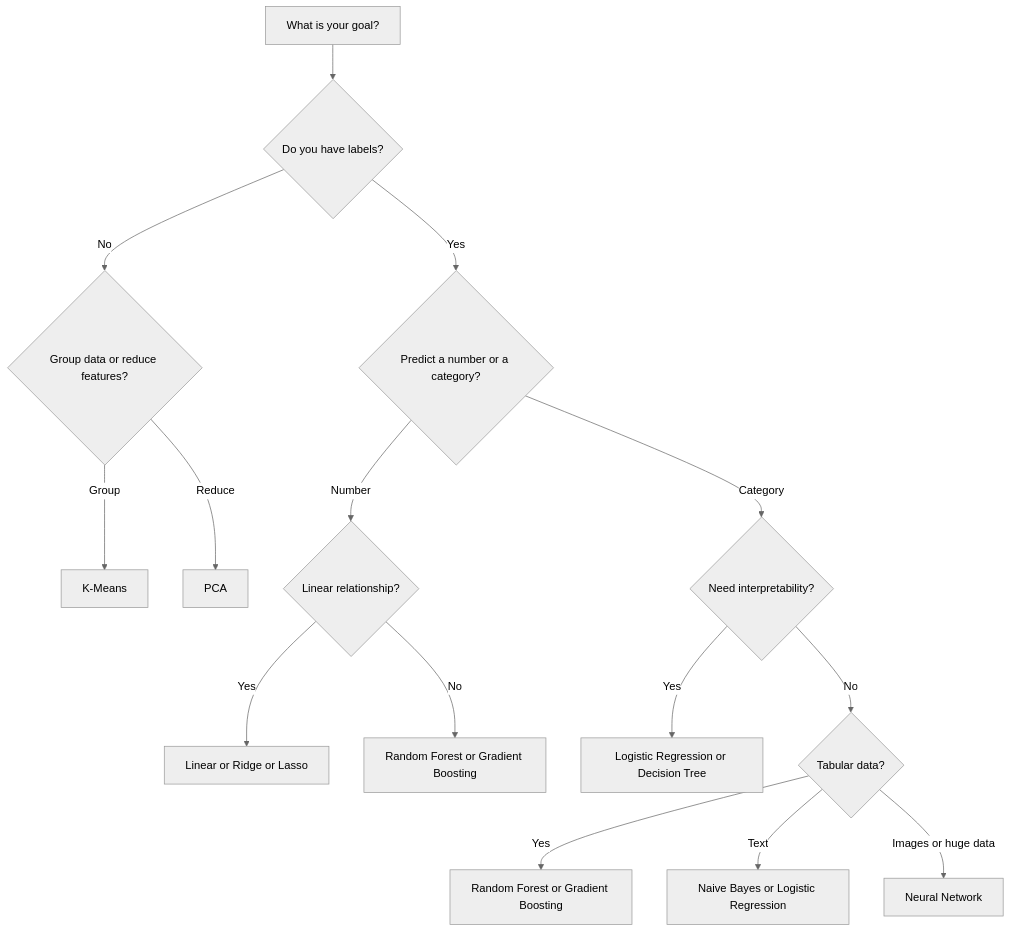
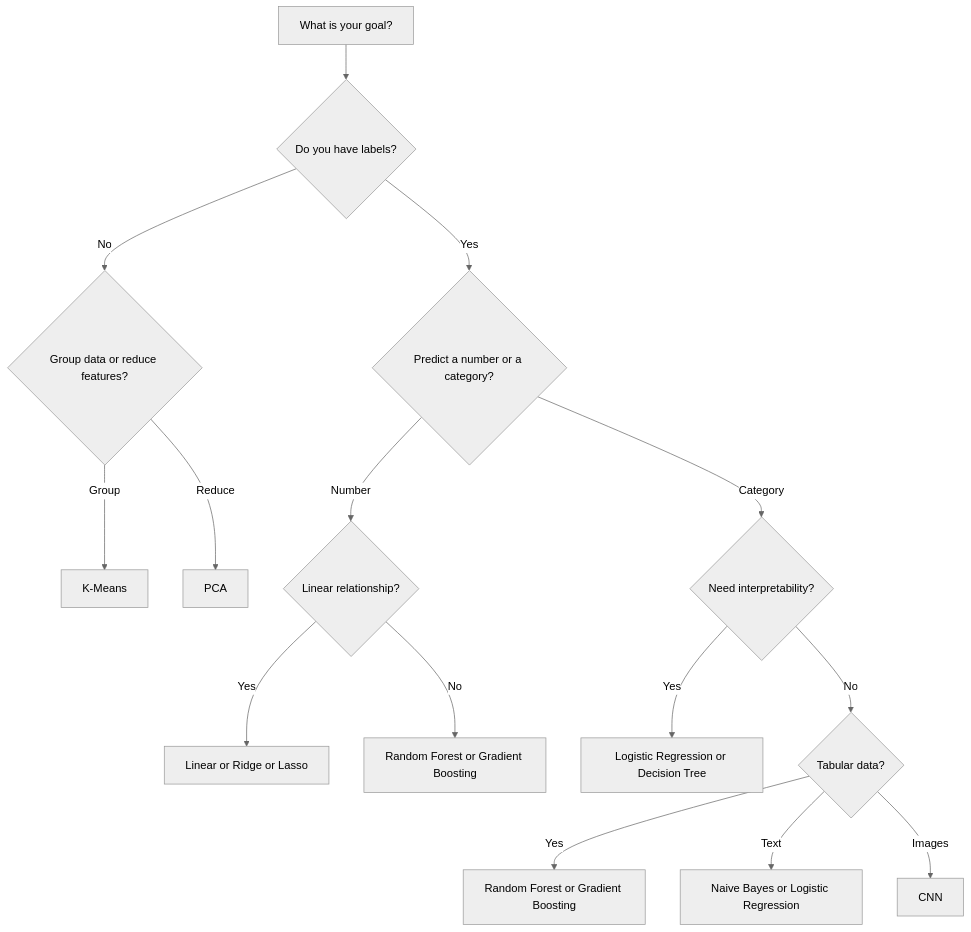
The sixth of 7 diagrams in README.md (Nihar16/MACHINE-LEARNING-MODELS), drawn with Mermaid (neutral theme) before and after one commit. The commit also changed other lines of this file and 15 other files, not shown here.

````diff
--- a/README.md
+++ b/README.md
@@ -341,17 +355,17 @@
 ```mermaid
 flowchart TD
     Start["What is your goal?"] --> Q1{"Do you have labels?"}
     Q1 -->|"No"| Q2{"Group data or reduce features?"}
     Q2 -->|"Group"| KM["K-Means"]
     Q2 -->|"Reduce"| PCA["PCA"]
     Q1 -->|"Yes"| Q3{"Predict a number or a category?"}
     Q3 -->|"Number"| R1{"Linear relationship?"}
     R1 -->|"Yes"| LR["Linear or Ridge or Lasso"]
     R1 -->|"No"| R2["Random Forest or Gradient Boosting"]
     Q3 -->|"Category"| C1{"Need interpretability?"}
     C1 -->|"Yes"| C2["Logistic Regression or Decision Tree"]
     C1 -->|"No"| C3{"Tabular data?"}
     C3 -->|"Yes"| C4["Random Forest or Gradient Boosting"]
     C3 -->|"Text"| C5["Naive Bayes or Logistic Regression"]
-    C3 -->|"Images or huge data"| C6["Neural Network"]
+    C3 -->|"Images"| C6["CNN"]
 ```
````
